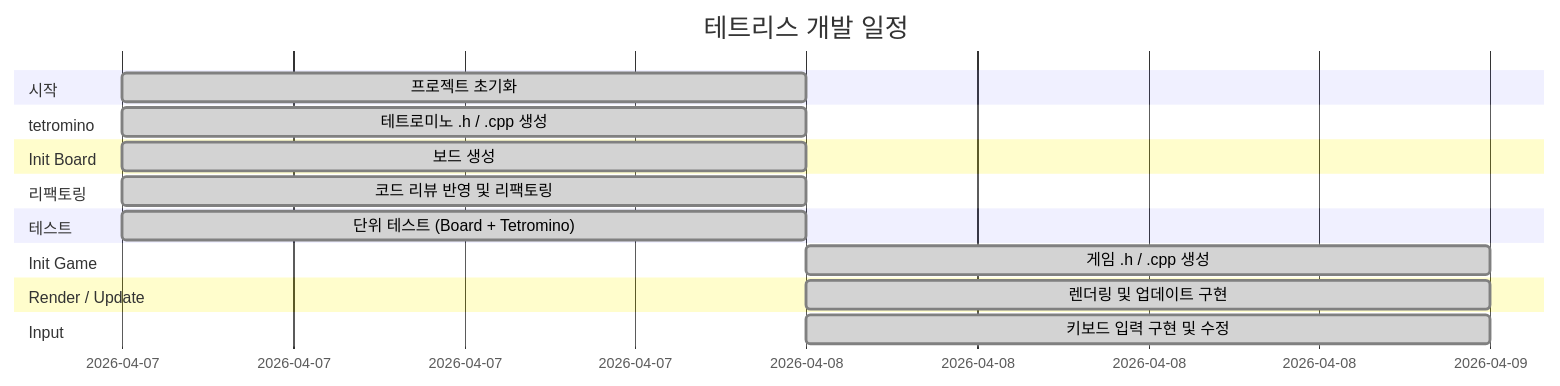
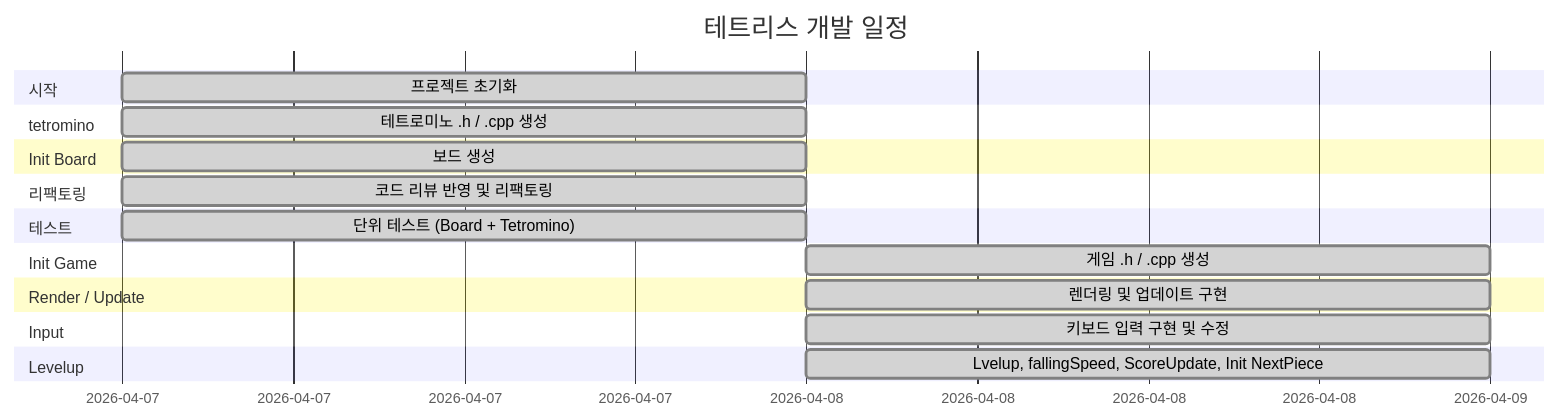
Before and after one commit to Chance031/Tetris-cpp: the diagram in README.md, drawn with Mermaid. The commit also changed other lines of this file, not shown here.

Commit message:
docs: README 자동 업데이트 [skip ci]

````diff
--- a/README.md
+++ b/README.md
@@ -27,21 +27,23 @@
 ```mermaid
 gantt
- title 테트리스 개발 일정
- dateFormat YYYY-MM-DD
- section 시작
- 프로젝트 초기화 :done, init, 2026-04-07, 1d
- section tetromino
- 테트로미노 .h / .cpp 생성 :done, t16803, 2026-04-07, 1d
- section Init Board
- 보드 생성 :done, t84048, 2026-04-07, 1d
- section 리팩토링
- 코드 리뷰 반영 및 리팩토링 :done, refactor, 2026-04-07, 1d
- section 테스트
- 단위 테스트 (Board + Tetromino) :done, test, 2026-04-07, 1d
- section Init Game
- 게임 .h / .cpp 생성 :done, t91896, 2026-04-08, 1d
- section Render / Update
- 렌더링 및 업데이트 구현 :done, t47867, 2026-04-08, 1d
- section Input
- 키보드 입력 구현 및 수정 :done, t8258, 2026-04-08, 1d
+    title 테트리스 개발 일정
+    dateFormat YYYY-MM-DD
+    section 시작
+        프로젝트 초기화 :done, init, 2026-04-07, 1d
+    section tetromino
+        테트로미노 .h / .cpp 생성 :done, t16803, 2026-04-07, 1d
+    section Init Board
+        보드 생성 :done, t84048, 2026-04-07, 1d
+    section 리팩토링
+        코드 리뷰 반영 및 리팩토링 :done, refactor, 2026-04-07, 1d
+    section 테스트
+        단위 테스트 (Board + Tetromino) :done, test, 2026-04-07, 1d
+    section Init Game
+        게임 .h / .cpp 생성 :done, t91896, 2026-04-08, 1d
+    section Render / Update
+        렌더링 및 업데이트 구현 :done, t47867, 2026-04-08, 1d
+    section Input
+        키보드 입력 구현 및 수정 :done, t8258, 2026-04-08, 1d
+    section Levelup
+        Lvelup, fallingSpeed, ScoreUpdate, Init NextPiece :done, t44367, 2026-04-08, 1d
 ```
````
